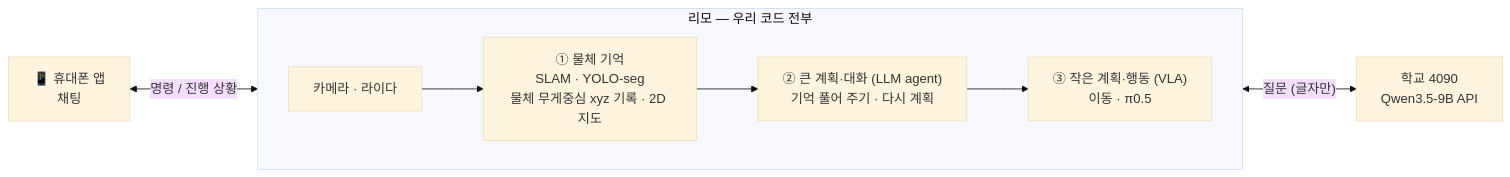
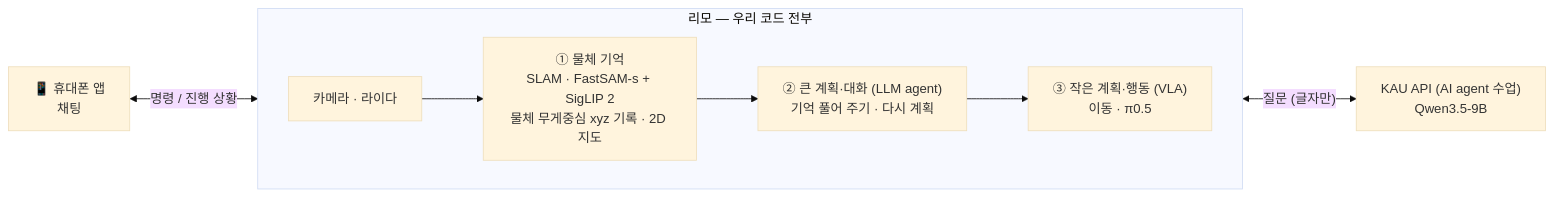
Before and after one commit to juyoung020/robot-agent: the diagram in docs/plan.md, drawn with Mermaid (base theme). The commit also changed other lines of this file and 5 other files, not shown here.

````diff
--- a/docs/plan.md
+++ b/docs/plan.md
@@ -15,13 +15,13 @@
 ```mermaid
 flowchart LR
     APP["📱 휴대폰 앱<br/>채팅"]
     subgraph LIMO["리모 — 우리 코드 전부"]
         direction LR
-        S["카메라 · 라이다"] --> M["① 물체 기억<br/>SLAM · YOLO-seg<br/>물체 무게중심 xyz 기록 · 2D 지도"]
+        S["카메라 · 라이다"] --> M["① 물체 기억<br/>SLAM · FastSAM-s + SigLIP 2<br/>물체 무게중심 xyz 기록 · 2D 지도"]
         M --> A["② 큰 계획·대화 (LLM agent)<br/>기억 풀어 주기 · 다시 계획"]
         A --> V["③ 작은 계획·행동 (VLA)<br/>이동 · π0.5"]
     end
-    Q["학교 4090<br/>Qwen3.5-9B API"]
+    Q["KAU API (AI agent 수업)<br/>Qwen3.5-9B"]
     APP <-->|"명령 / 진행 상황"| A
     A <-->|"질문 (글자만)"| Q
 ```
````
